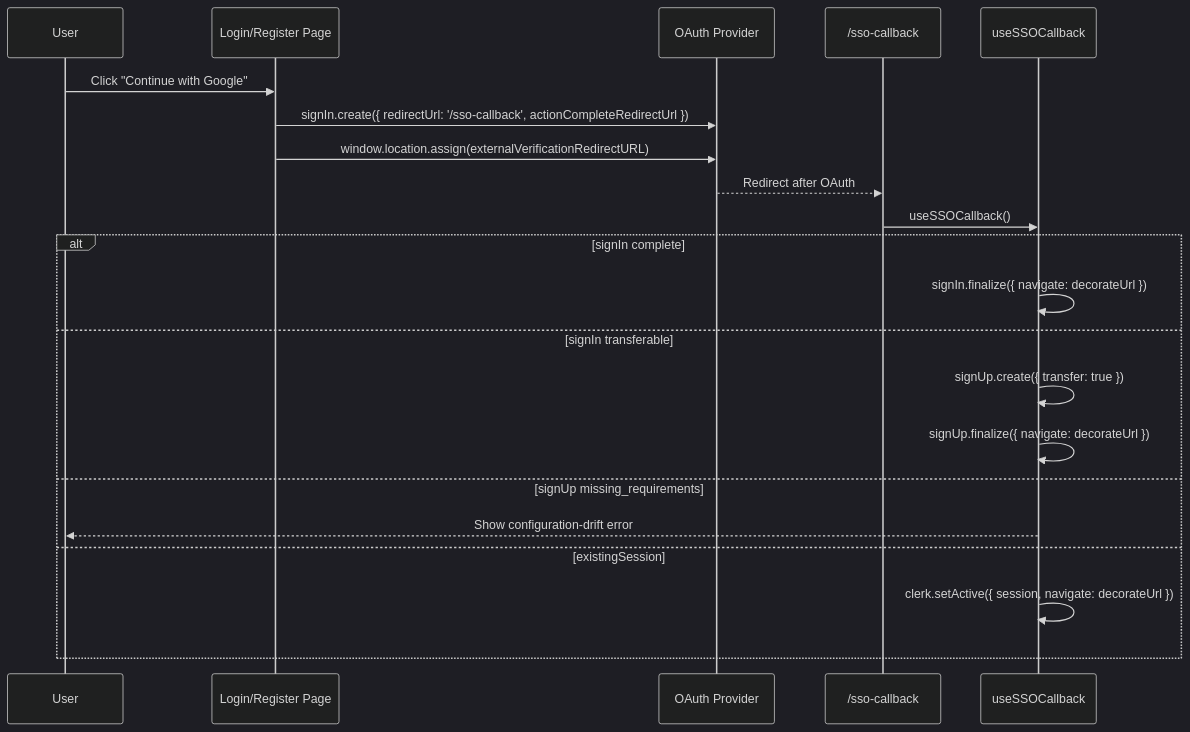
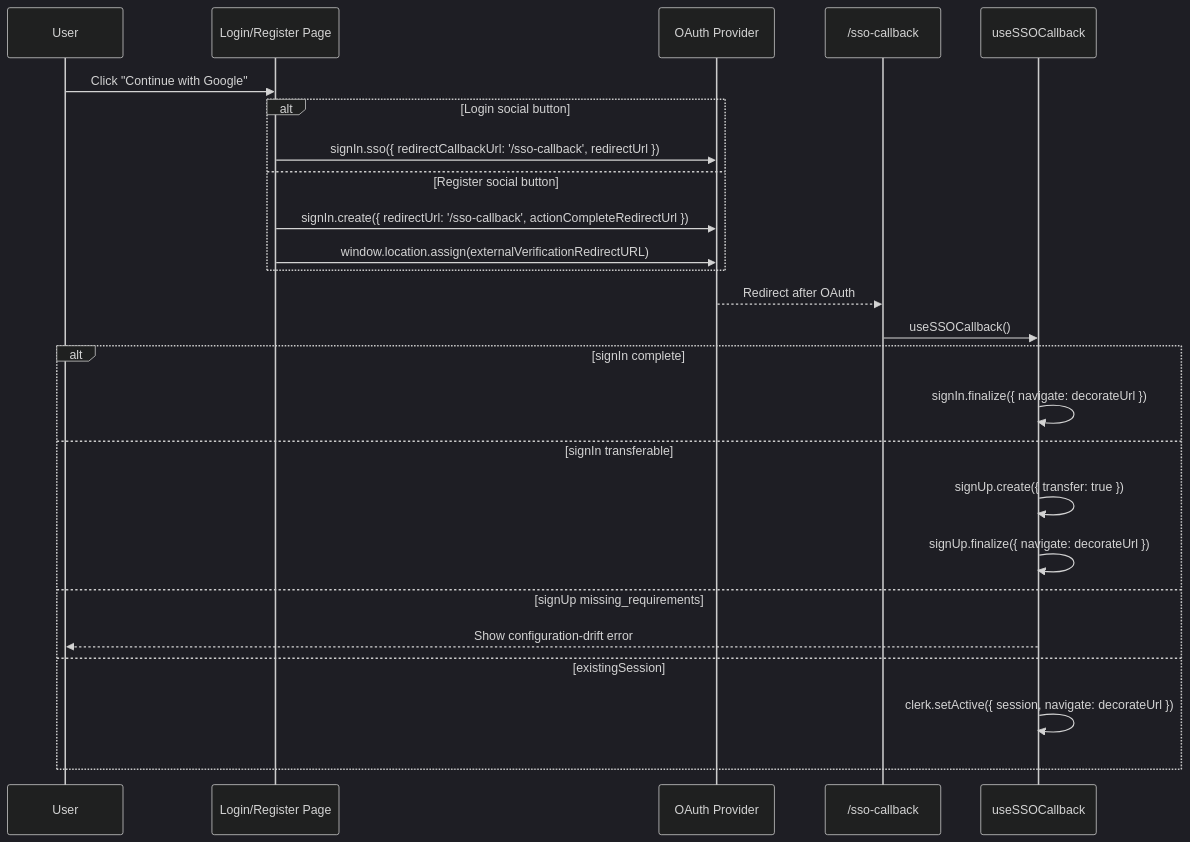
The diagram in docs/architecture/auth/sso/README.md (myusubov/tailorcv), drawn with Mermaid (dark theme) before and after one commit. The commit also changed other lines of this file and 27 other files, not shown here.

````diff
--- a/docs/architecture/auth/sso/README.md
+++ b/docs/architecture/auth/sso/README.md
@@ -53,24 +54,28 @@
 ```mermaid
 sequenceDiagram
     participant U as User
     participant L as Login/Register Page
     participant O as OAuth Provider
     participant CB as /sso-callback
     participant Hook as useSSOCallback
 
     U->>L: Click "Continue with Google"
-    L->>O: signIn.create({ redirectUrl: '/sso-callback', actionCompleteRedirectUrl })
-    L->>O: window.location.assign(externalVerificationRedirectURL)
+    alt Login social button
+        L->>O: signIn.sso({ redirectCallbackUrl: '/sso-callback', redirectUrl })
+    else Register social button
+        L->>O: signIn.create({ redirectUrl: '/sso-callback', actionCompleteRedirectUrl })
+        L->>O: window.location.assign(externalVerificationRedirectURL)
+    end
     O-->>CB: Redirect after OAuth
     CB->>Hook: useSSOCallback()
     alt signIn complete
         Hook->>Hook: signIn.finalize({ navigate: decorateUrl })
     else signIn transferable
         Hook->>Hook: signUp.create({ transfer: true })
         Hook->>Hook: signUp.finalize({ navigate: decorateUrl })
     else signUp missing_requirements
         Hook-->>U: Show configuration-drift error
     else existingSession
         Hook->>Hook: clerk.setActive({ session, navigate: decorateUrl })
     end
 ```
````
